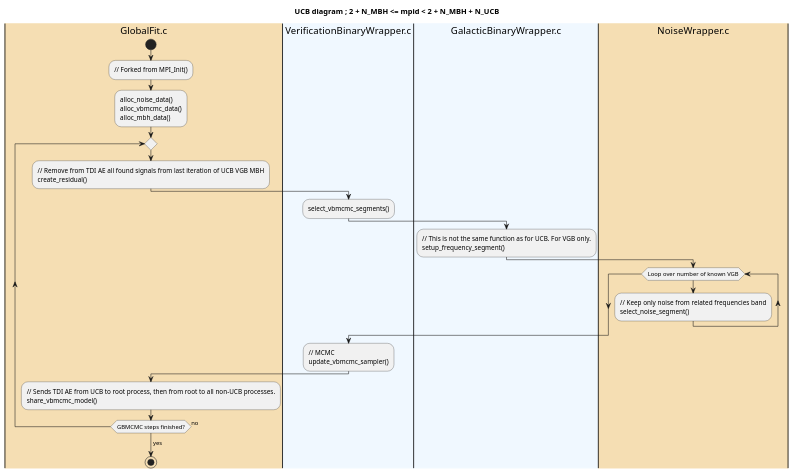
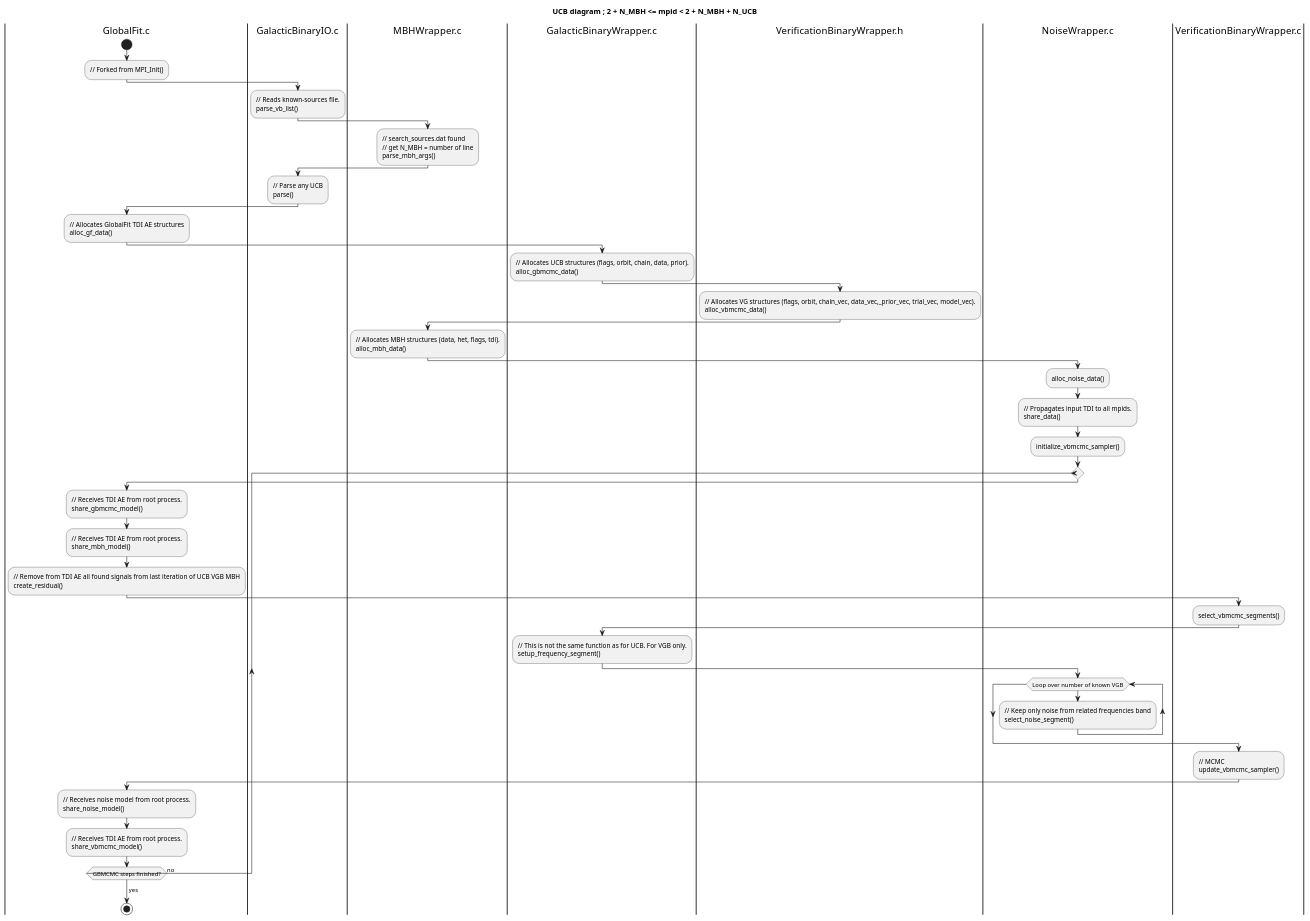
The diagram in umls/sequence/globalfit_gwsrc_vgb.puml (antoinetran/cnes-globalfit1-container-idasoft), drawn with PlantUML before and after one commit. The commit also changed 9 other files, not shown here.

Commit message:
Updated Uml seq + README added output

```diff
--- a/umls/sequence/globalfit_gwsrc_vgb.puml
+++ b/umls/sequence/globalfit_gwsrc_vgb.puml
@@ -1,40 +1,84 @@
 @startuml
 title UCB diagram ; 2 + N_MBH <= mpid < 2 + N_MBH + N_UCB
 
-|#wheat|GlobalFit.c|
+|#white|GlobalFit.c|
 start
   :// Forked from MPI_Init();
 
-  :alloc_noise_data()
-  alloc_vbmcmc_data()
+  |#white|GalacticBinaryIO.c|
+  :// Reads known-sources file.
+  parse_vb_list();
+
+  |#white|MBHWrapper.c|
+  :// search_sources.dat found
+  // get N_MBH = number of line
+  parse_mbh_args();
+
+  |#white|GalacticBinaryIO.c|
+  :// Parse any UCB 
+  parse();
+
+  |#white|GlobalFit.c|
+  :// Allocates GlobalFit TDI AE structures
+  alloc_gf_data();
+
+  |#white|GalacticBinaryWrapper.c|
+  :// Allocates UCB structures (flags, orbit, chain, data, prior).
+  alloc_gbmcmc_data();
+
+  |#white|VerificationBinaryWrapper.h|
+  :// Allocates VG structures (flags, orbit, chain_vec, data_vec,_prior_vec, trial_vec, model_vec).
+  alloc_vbmcmc_data();
+
+  |#white|MBHWrapper.c|
+  :// Allocates MBH structures (data, het, flags, tdi).
   alloc_mbh_data();
 
+  |#white|NoiseWrapper.c|
+  :alloc_noise_data();
+
+  :// Propagates input TDI to all mpids.
+  share_data();
+
+  :initialize_vbmcmc_sampler();
+
   repeat
+    |#white|GlobalFit.c|
+    :// Receives TDI AE from root process.
+    share_gbmcmc_model();
+
+    |#white|GlobalFit.c|
+    :// Receives TDI AE from root process.
+    share_mbh_model();
+
     :// Remove from TDI AE all found signals from last iteration of UCB VGB MBH
     create_residual();
 
-    |#AliceBlue|VerificationBinaryWrapper.c|
+    |#white|VerificationBinaryWrapper.c|
     :select_vbmcmc_segments();
 
-    |#AliceBlue|GalacticBinaryWrapper.c|
+    |#white|GalacticBinaryWrapper.c|
     :// This is not the same function as for UCB. For VGB only.
     setup_frequency_segment();
 
-    |#wheat|NoiseWrapper.c|
+    |#white|NoiseWrapper.c|
     while (Loop over number of known VGB)
       :// Keep only noise from related frequencies band
       select_noise_segment();
     endwhile
 
-    |#AliceBlue|VerificationBinaryWrapper.c|
+    |#white|VerificationBinaryWrapper.c|
     :// MCMC
     update_vbmcmc_sampler();
 
-  |#wheat|GlobalFit.c|
-  :// Sends TDI AE from UCB to root process, then from root to all non-UCB processes.
-  share_vbmcmc_model();
+    |#white|GlobalFit.c|
+    :// Receives noise model from root process.
+    share_noise_model();
+
+    :// Receives TDI AE from root process.
+    share_vbmcmc_model();
 
   repeat while (GBMCMC steps finished?) is (no)
   ->yes;
 stop
 @enduml
```
